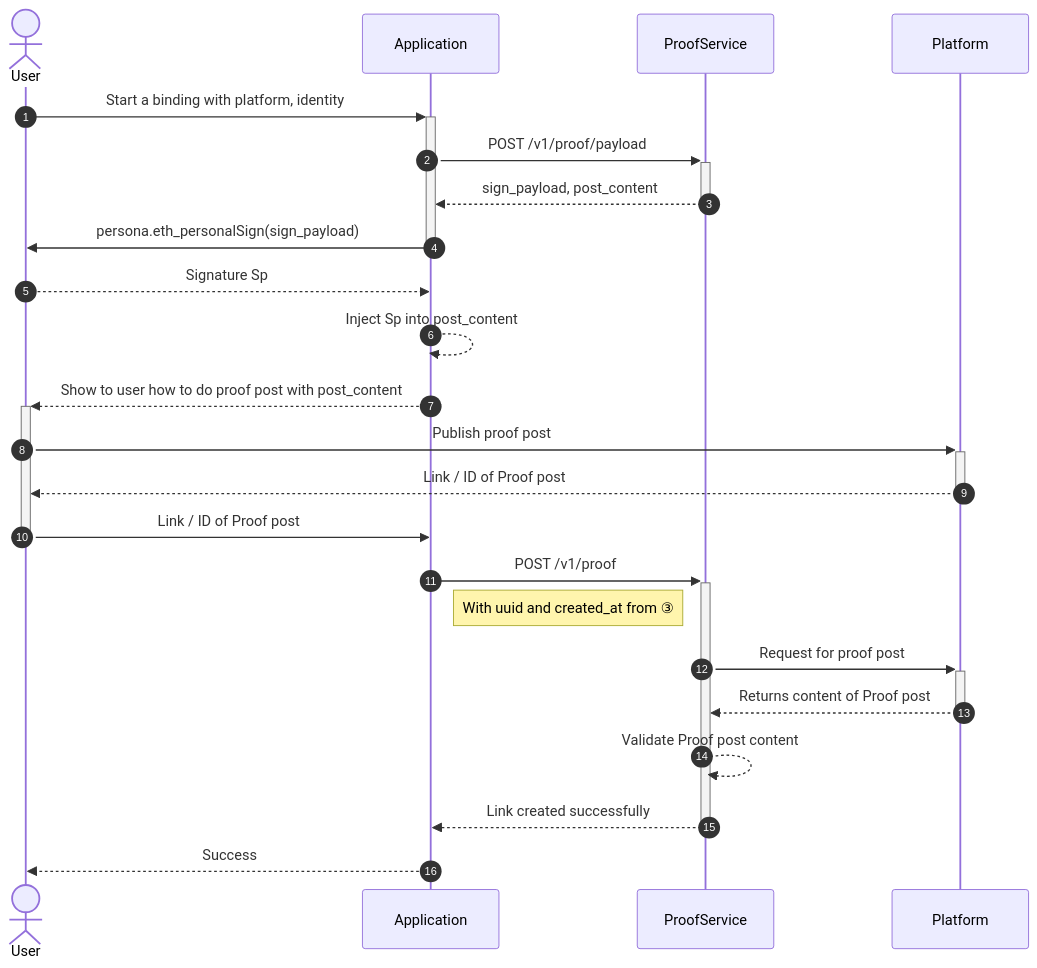
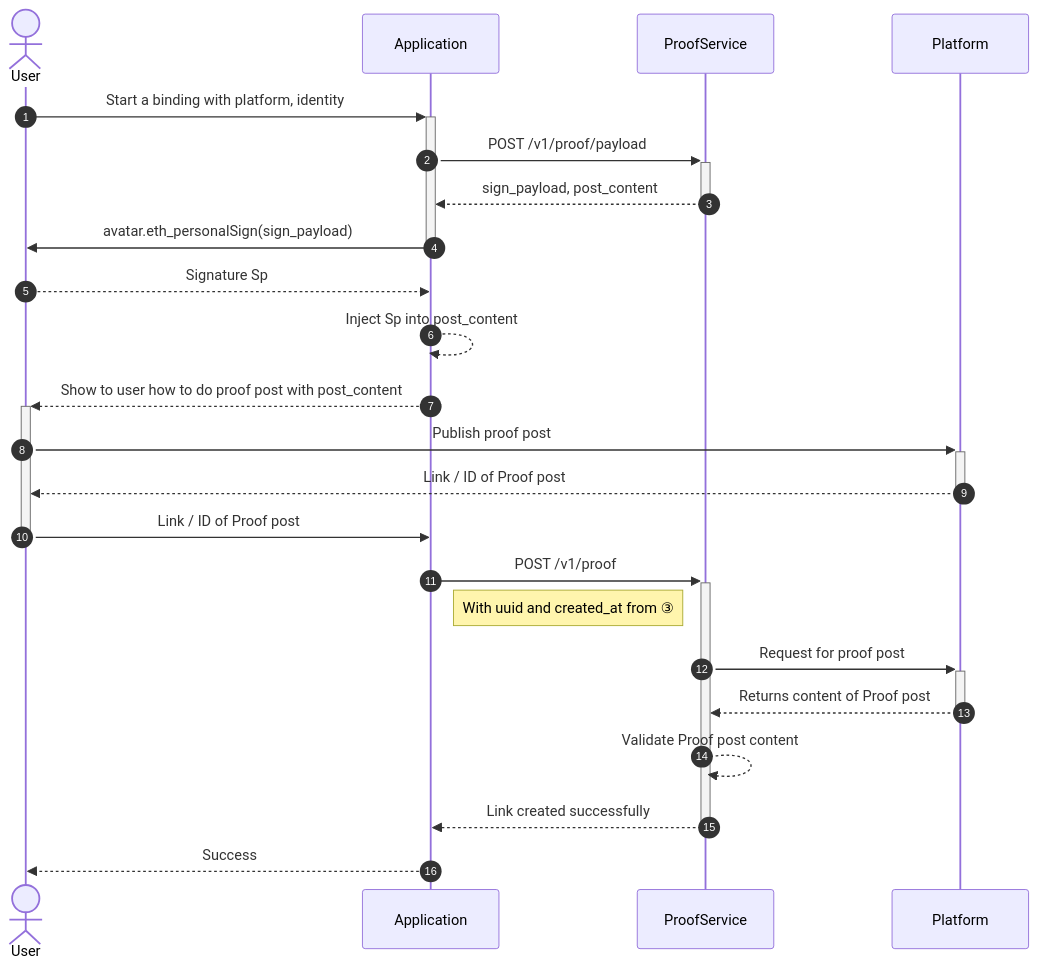
The first of 3 diagrams in docs/proof-service/flow.md (NextDotID/docs), drawn with Mermaid before and after one commit. The commit also changed other lines of this file and 23 other files, not shown here.

Commit message:
[!] Term changed: Persona -> Avatar

````diff
--- a/docs/proof-service/flow.md
+++ b/docs/proof-service/flow.md
@@ -15,26 +15,26 @@
 ```mermaid
 sequenceDiagram
     autonumber
     actor U as User
     participant A as Application
     participant PS as ProofService
     participant P as Platform
 
     U ->>+ A : Start a binding with platform, identity
     A ->>+ PS : POST /v1/proof/payload
     PS -->>- A : sign_payload, post_content
-    A ->>- U : persona.eth_personalSign(sign_payload)
+    A ->>- U : avatar.eth_personalSign(sign_payload)
     U -->> A : Signature Sp
     A -->> A : Inject Sp into post_content
     A -->>+ U : Show to user how to do proof post with post_content
     U ->>+ P : Publish proof post
     P -->>- U : Link / ID of Proof post
     U ->>- A : Link / ID of Proof post
     A ->>+ PS : POST /v1/proof
     note right of A : With uuid and created_at from ③
     PS ->>+ P : Request for proof post
     P -->>- PS : Returns content of Proof post
     PS -->> PS : Validate Proof post content
     PS -->>- A : Link created successfully
     A -->> U : Success
 ```
````
